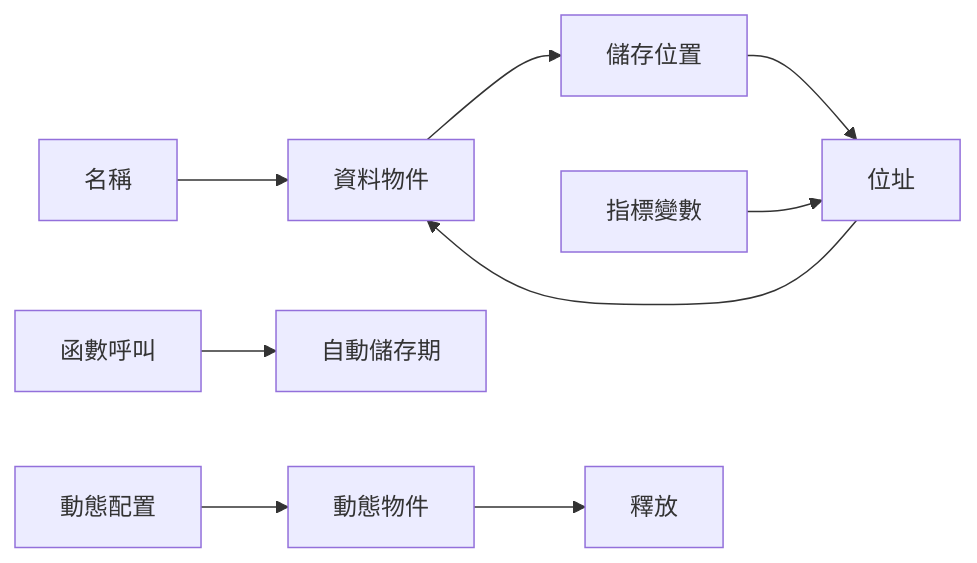
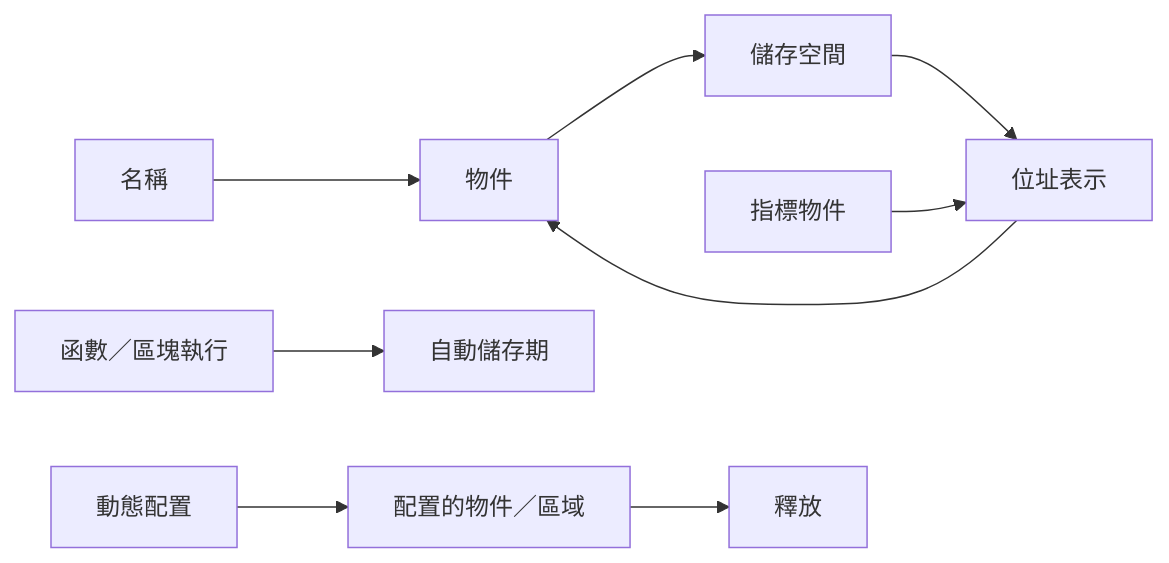
Before and after one commit to inred329/summer_pre_course_2026: the third of 4 diagrams in design/03-programming-domain-model.zh-TW.md, drawn with Mermaid. The commit also changed other lines of this file and 104 other files, not shown here.

````diff
--- a/design/03-programming-domain-model.zh-TW.md
+++ b/design/03-programming-domain-model.zh-TW.md
@@ -141,11 +148,11 @@
 ```mermaid
 flowchart LR
-    NAME[名稱] --> OBJ[資料物件]
-    OBJ --> LOC[儲存位置]
-    LOC --> ADDR[位址]
-    PTR[指標變數] --> ADDR
+    NAME[名稱] --> OBJ[物件]
+    OBJ --> LOC[儲存空間]
+    LOC --> ADDR[位址表示]
+    PTR[指標物件] --> ADDR
     ADDR --> OBJ
-    CALL[函數呼叫] --> AUTO[自動儲存期]
-    ALLOC[動態配置] --> DYN[動態物件]
+    CALL[函數／區塊執行] --> AUTO[自動儲存期]
+    ALLOC[動態配置] --> DYN[配置的物件／區域]
     DYN --> RELEASE[釋放]
 ```
````
